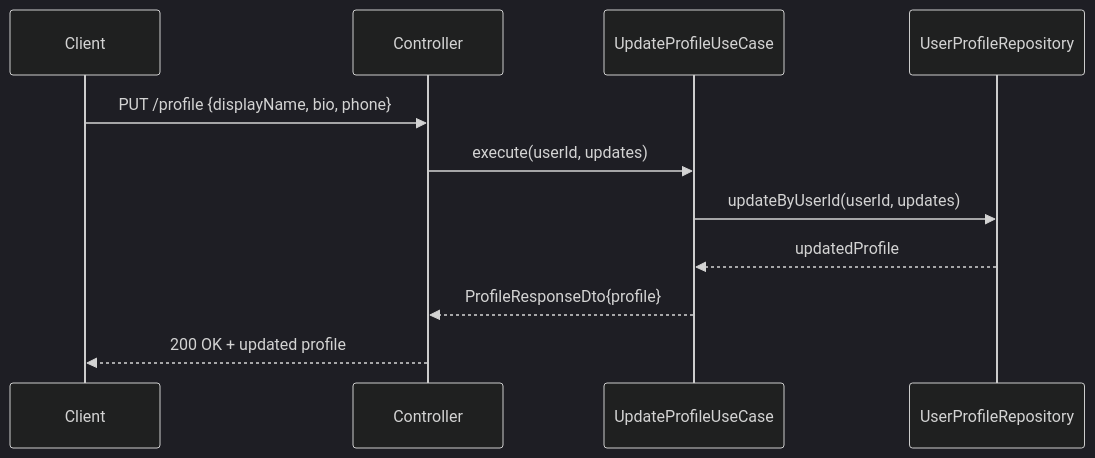
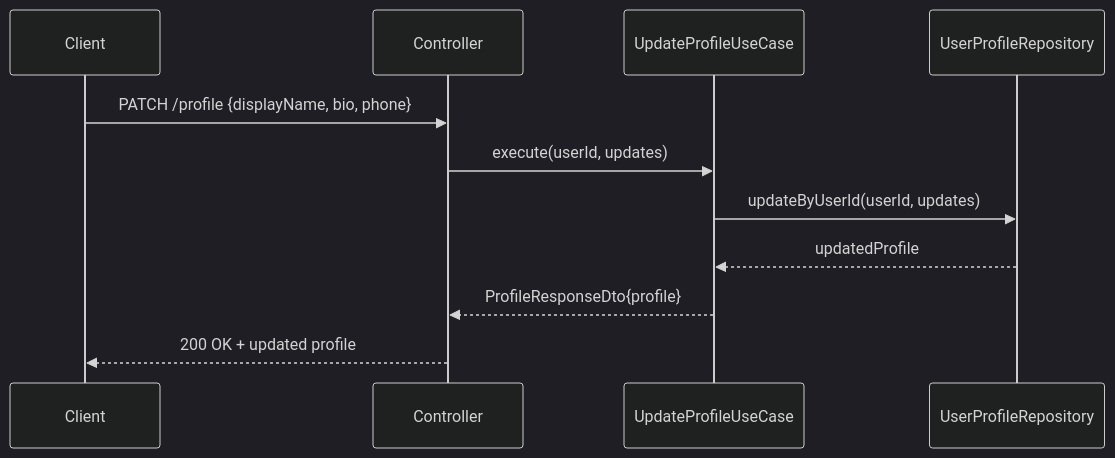
Before and after one commit to josephnguyen-macusaone/abc-dashboard: the fifth of 9 diagrams in backend/docs/application-layer.md, drawn with Mermaid (dark theme). The commit also changed 158 other files, not shown here.

````diff
--- a/backend/docs/application-layer.md
+++ b/backend/docs/application-layer.md
@@ -165,16 +165,16 @@
 ```mermaid
 sequenceDiagram
     participant Client
     participant Controller
     participant UpdateProfileUseCase
     participant UserProfileRepository
 
-    Client->>Controller: PUT /profile {displayName, bio, phone}
+    Client->>Controller: PATCH /profile {displayName, bio, phone}
     Controller->>UpdateProfileUseCase: execute(userId, updates)
 
     UpdateProfileUseCase->>UserProfileRepository: updateByUserId(userId, updates)
     UserProfileRepository-->>UpdateProfileUseCase: updatedProfile
 
     UpdateProfileUseCase-->>Controller: ProfileResponseDto{profile}
     Controller-->>Client: 200 OK + updated profile
 ```
````
